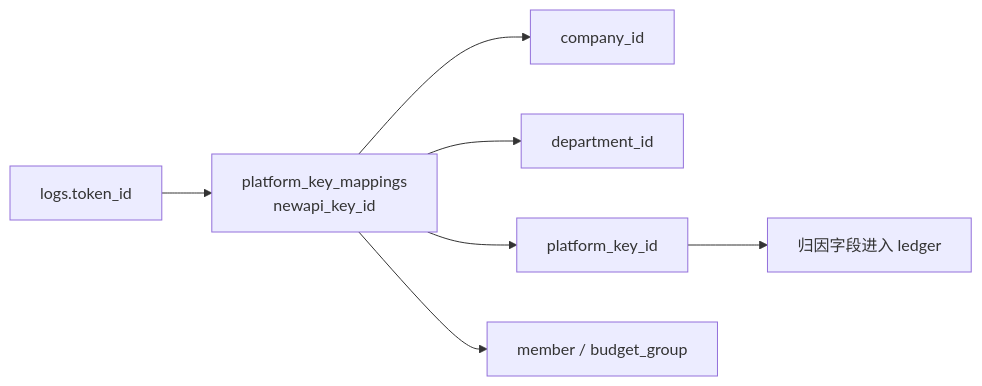
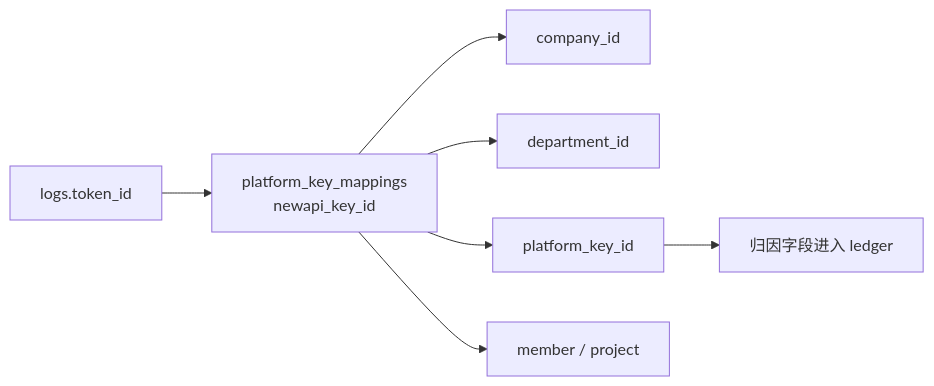
One commit to quyip8818/mytokenjoy changed the fifth of 9 diagrams in docs/Backend-Ingest架构.md. Above: the diagram before and after it, drawn with Mermaid. The commit also changed other lines of this file and 175 other files, not shown here.

````diff
--- a/docs/Backend-Ingest架构.md
+++ b/docs/Backend-Ingest架构.md
@@ -191,9 +191,9 @@
 ```mermaid
 flowchart LR
   Log["logs.token_id"] --> Map["platform_key_mappings<br/>newapi_key_id"]
   Map --> Co[company_id]
   Map --> Dept[department_id]
   Map --> Key[platform_key_id]
-  Map --> Mem[member / budget_group]
+  Map --> Mem[member / project]
   Key --> Attr[归因字段进入 ledger]
 ```
````
